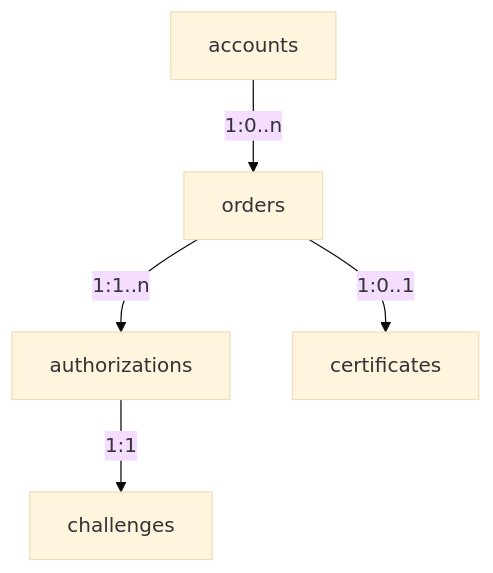
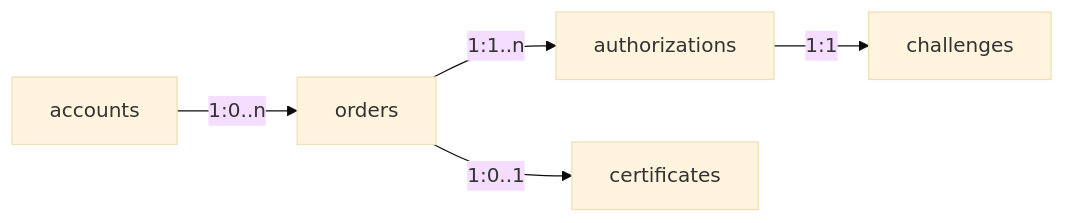
One commit to knrdl/acme-ca-server changed the diagram in README.md. Above: the diagram before and after it, drawn with Mermaid (base theme).

````diff
--- a/README.md
+++ b/README.md
@@ -174,7 +174,7 @@
 ```mermaid
-flowchart TD
+flowchart LR
     accounts -->|1:0..n| orders
     orders -->|1:1..n| authorizations
     authorizations -->|1:1| challenges
     orders -->|1:0..1| certificates
 ```
````
